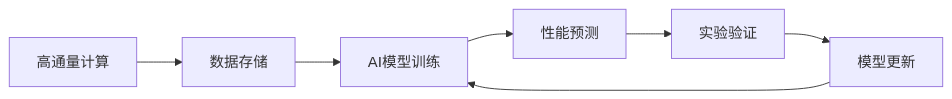
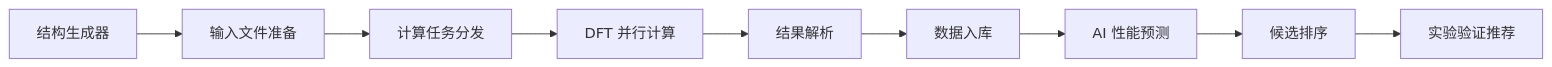
Before and after one commit to kudig-io/kudig-database: the second of 3 diagrams in topic-application-architecture/88-nanomaterials.md, drawn with Mermaid. The commit also changed other lines of this file and 8633 other files, not shown here.

````diff
--- a/topic-application-architecture/88-nanomaterials.md
+++ b/topic-application-architecture/88-nanomaterials.md
@@ -126,9 +169,11 @@
 ```mermaid
 flowchart LR
-    A[高通量计算] --> B[数据存储]
-    B --> C[AI模型训练]
-    C --> D[性能预测]
-    D --> E[实验验证]
-    E --> F[模型更新]
-    F --> C
+    A[结构生成器] --> B[输入文件准备]
+    B --> C[计算任务分发]
+    C --> D[DFT 并行计算]
+    D --> E[结果解析]
+    E --> F[数据入库]
+    F --> G[AI 性能预测]
+    G --> H[候选排序]
+    H --> I[实验验证推荐]
 ```
````
